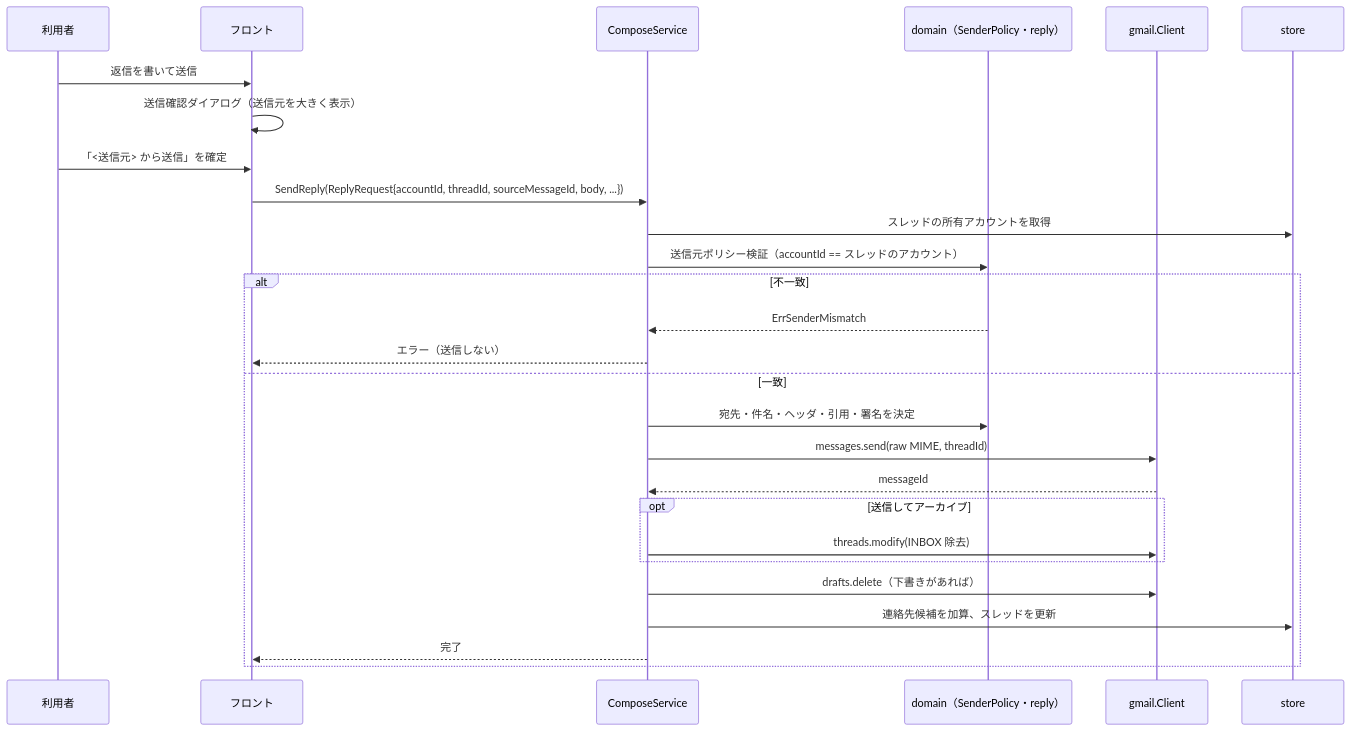
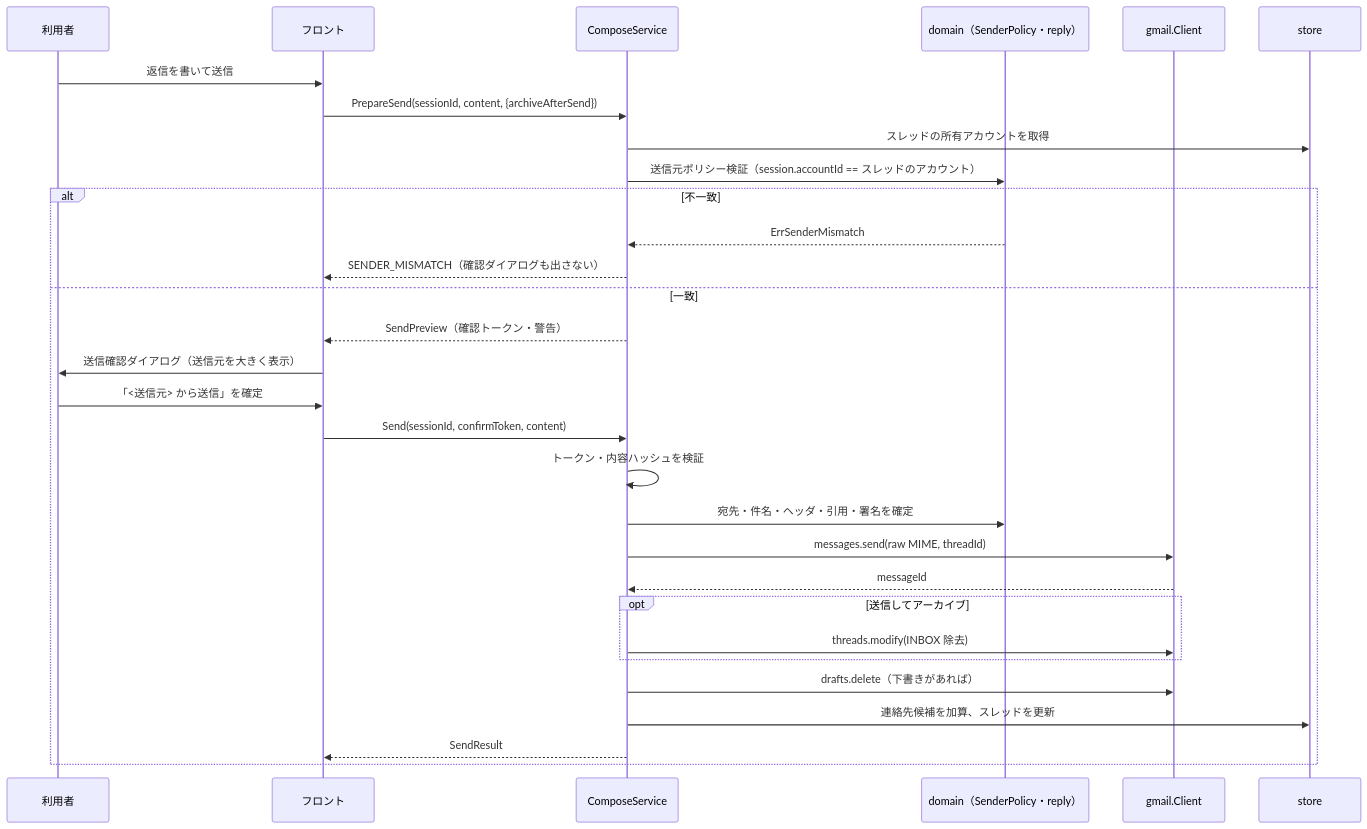
Before and after one commit to ousiassllc/hitomado: the fourth of 5 diagrams in docs/architecture/overview.md, drawn with Mermaid. The commit also changed other lines of this file and 2 other files, not shown here.

Commit message:
docs: バインディング仕様を追加し確認トークン方式に整合

````diff
--- a/docs/architecture/overview.md
+++ b/docs/architecture/overview.md
@@ -186,30 +186,33 @@
 ```mermaid
 sequenceDiagram
   participant U as 利用者
   participant FE as フロント
   participant CS as ComposeService
   participant DM as domain（SenderPolicy・reply）
   participant GM as gmail.Client
   participant DB as store
 
   U->>FE: 返信を書いて送信
-  FE->>FE: 送信確認ダイアログ（送信元を大きく表示）
-  U->>FE: 「<送信元> から送信」を確定
-  FE->>CS: SendReply(ReplyRequest{accountId, threadId, sourceMessageId, body, ...})
+  FE->>CS: PrepareSend(sessionId, content, {archiveAfterSend})
   CS->>DB: スレッドの所有アカウントを取得
-  CS->>DM: 送信元ポリシー検証（accountId == スレッドのアカウント）
+  CS->>DM: 送信元ポリシー検証（session.accountId == スレッドのアカウント）
   alt 不一致
     DM-->>CS: ErrSenderMismatch
-    CS-->>FE: エラー（送信しない）
+    CS-->>FE: SENDER_MISMATCH（確認ダイアログも出さない）
   else 一致
-    CS->>DM: 宛先・件名・ヘッダ・引用・署名を決定
+    CS-->>FE: SendPreview（確認トークン・警告）
+    FE->>U: 送信確認ダイアログ（送信元を大きく表示）
+    U->>FE: 「<送信元> から送信」を確定
+    FE->>CS: Send(sessionId, confirmToken, content)
+    CS->>CS: トークン・内容ハッシュを検証
+    CS->>DM: 宛先・件名・ヘッダ・引用・署名を確定
     CS->>GM: messages.send(raw MIME, threadId)
     GM-->>CS: messageId
     opt 送信してアーカイブ
       CS->>GM: threads.modify(INBOX 除去)
     end
     CS->>GM: drafts.delete（下書きがあれば）
     CS->>DB: 連絡先候補を加算、スレッドを更新
-    CS-->>FE: 完了
+    CS-->>FE: SendResult
   end
 ```
````
